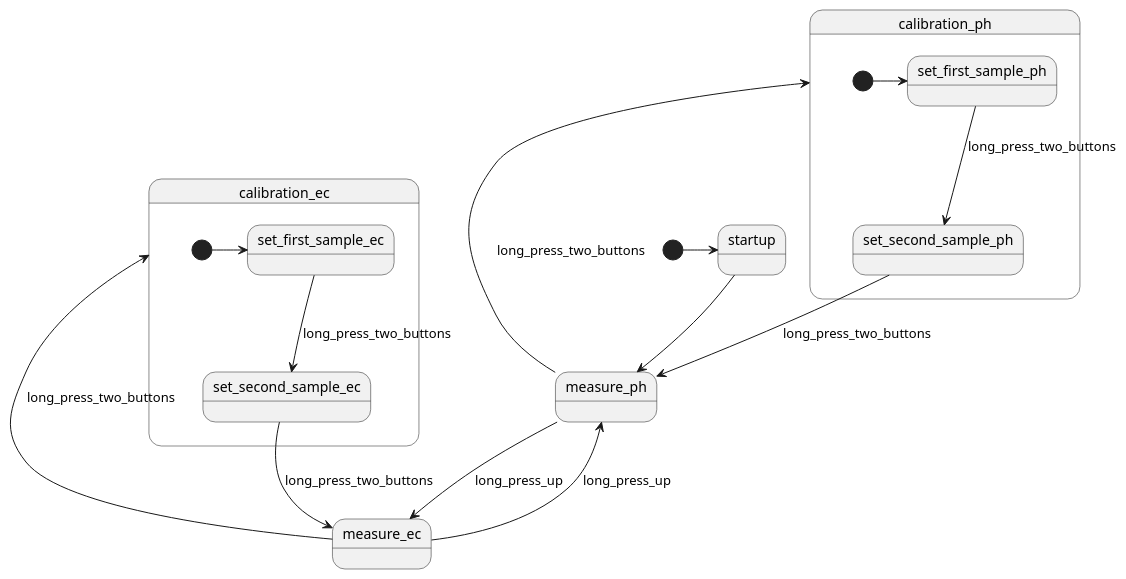
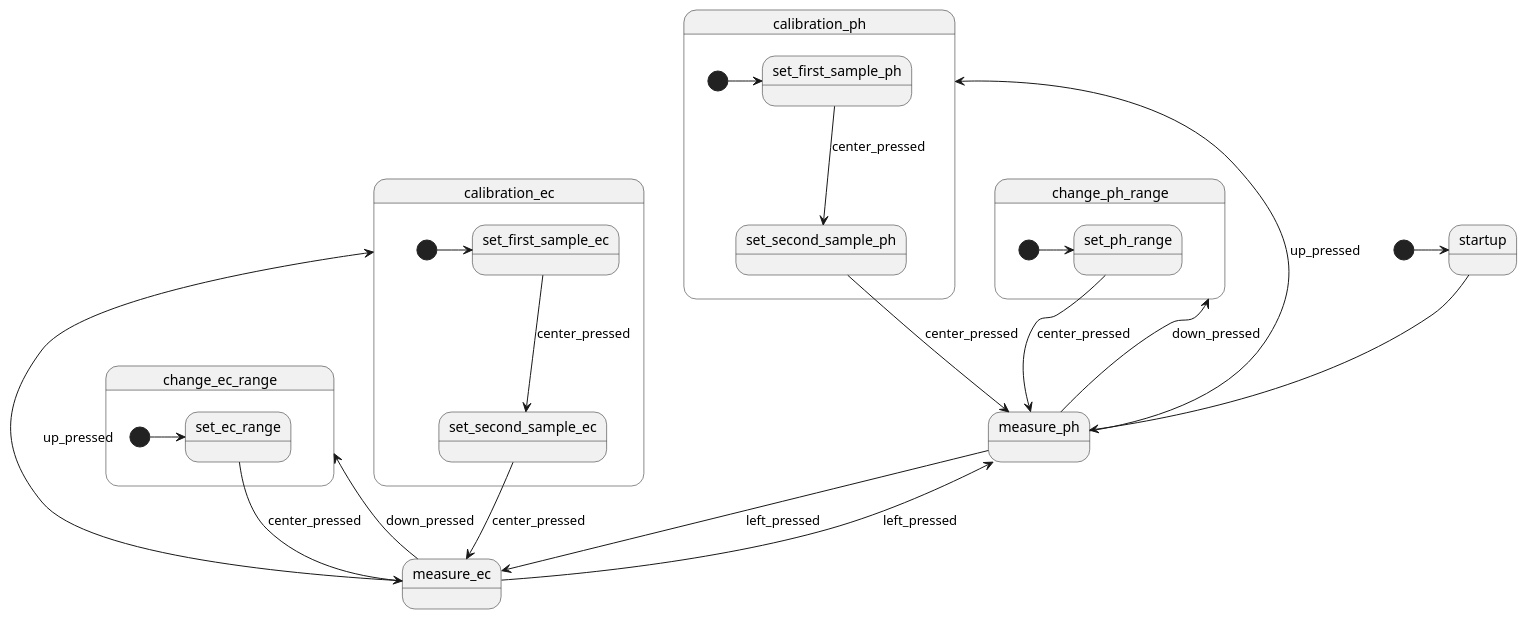
One commit to InzynierDomu/PhECMeter changed the diagram in schems/state_chart/work_schem.plantuml. Above: the diagram before and after it, drawn with PlantUML. The commit also changed 7 other files, not shown here.

Commit message:
Render PlantUML files

```diff
--- a/schems/state_chart/work_schem.plantuml
+++ b/schems/state_chart/work_schem.plantuml
@@ -1,20 +1,33 @@
 @startuml
 [*]->startup
 startup --> measure_ph
-measure_ph --> measure_ec : long_press_up 
-measure_ph --> calibration_ph : long_press_two_buttons 
-measure_ec --> calibration_ec : long_press_two_buttons
-measure_ec --> measure_ph : long_press_up 
+measure_ph --> measure_ec : left_pressed 
+measure_ph --> calibration_ph : up_pressed
+measure_ph --> change_ph_range :down_pressed
+measure_ec --> calibration_ec : up_pressed
+measure_ec --> change_ec_range :down_pressed
+measure_ec --> measure_ph : left_pressed
 
 state calibration_ph{
     [*] -> set_first_sample_ph
-    set_first_sample_ph --> set_second_sample_ph : long_press_two_buttons
-    set_second_sample_ph --> measure_ph : long_press_two_buttons
+    set_first_sample_ph --> set_second_sample_ph : center_pressed
+    set_second_sample_ph --> measure_ph : center_pressed
 }
 
 state calibration_ec{
     [*] -> set_first_sample_ec
-    set_first_sample_ec --> set_second_sample_ec : long_press_two_buttons
-    set_second_sample_ec --> measure_ec : long_press_two_buttons
+    set_first_sample_ec --> set_second_sample_ec : center_pressed
+    set_second_sample_ec --> measure_ec : center_pressed
 }
+
+state change_ph_range{
+    [*] -> set_ph_range
+    set_ph_range --> measure_ph : center_pressed  
+}
+
+state change_ec_range{
+    [*] -> set_ec_range
+    set_ec_range --> measure_ec : center_pressed  
+}
+
 @enduml
```
